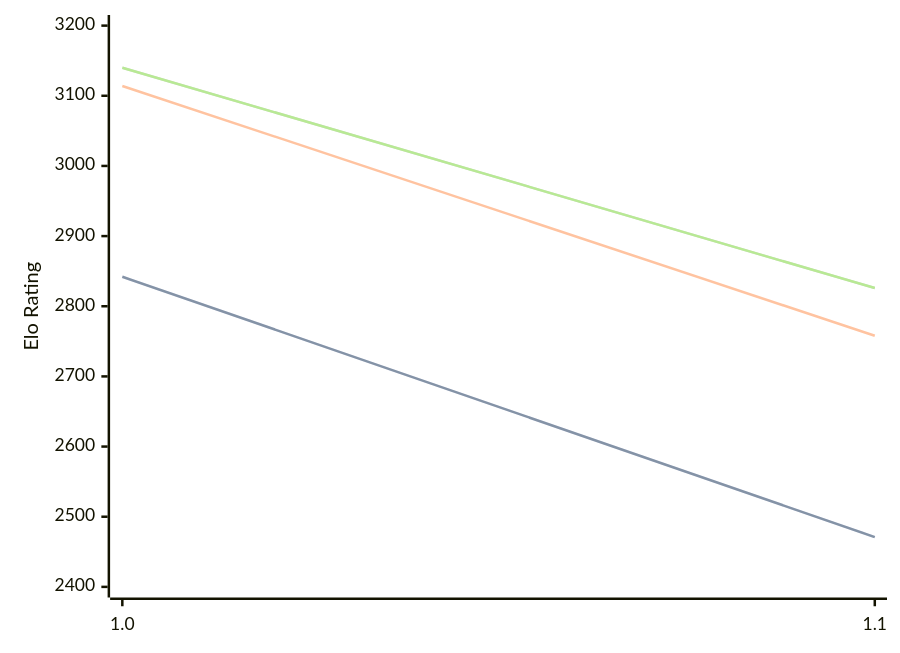
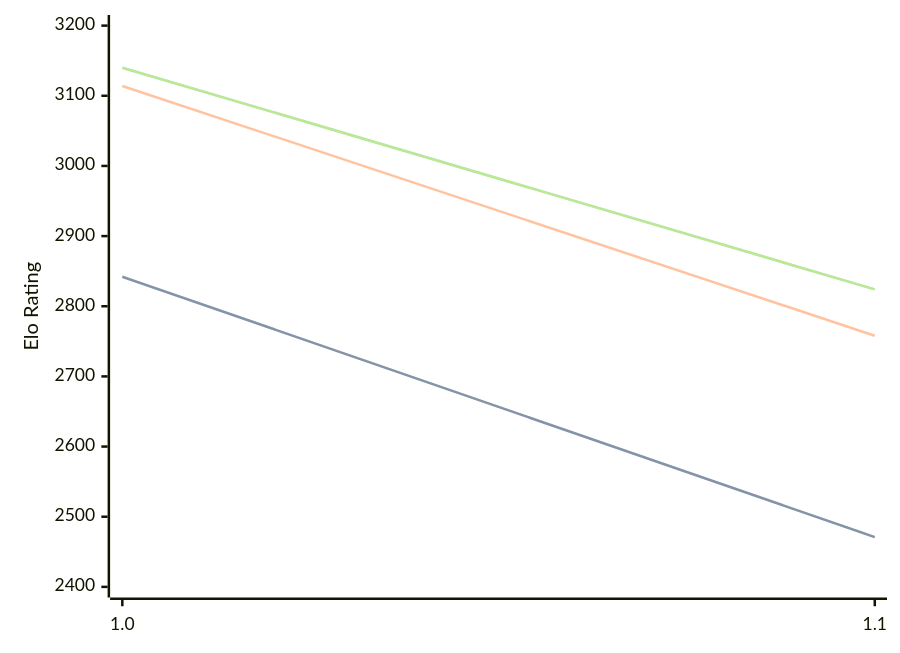
Before and after one commit to computer-chess-index/cci: the diagram in engines/Publius.md, drawn with Mermaid. The commit also changed other lines of this file, not shown here.

Commit message:
Update CCI Ratings (ELO VLTC) - 2026-09-26

````diff
--- a/engines/Publius.md
+++ b/engines/Publius.md
@@ -32,11 +32,11 @@
 ```mermaid
 %%{init: {"theme":"base","themeVariables":{"seriesColors:['#a3a3a3','#222221','#faa371']}}}%%
 xychart-beta
   x-axis ["1.0", "1.1"]
   y-axis "Elo Rating" 2400 --> 3200
   line "" [2842, 2471]
   line "STC (8.0+0.08s)" [2842, 2471]
   line "LTC (60.0+0.60s)" [3114, 2758]
-  line "" [3140, 2826]
-  line "VLTC (2m24s+1.12s)" [3140, 2826]
+  line "" [3140, 2824]
+  line "VLTC (2m24s+1.12s)" [3140, 2824]
 ```
````
